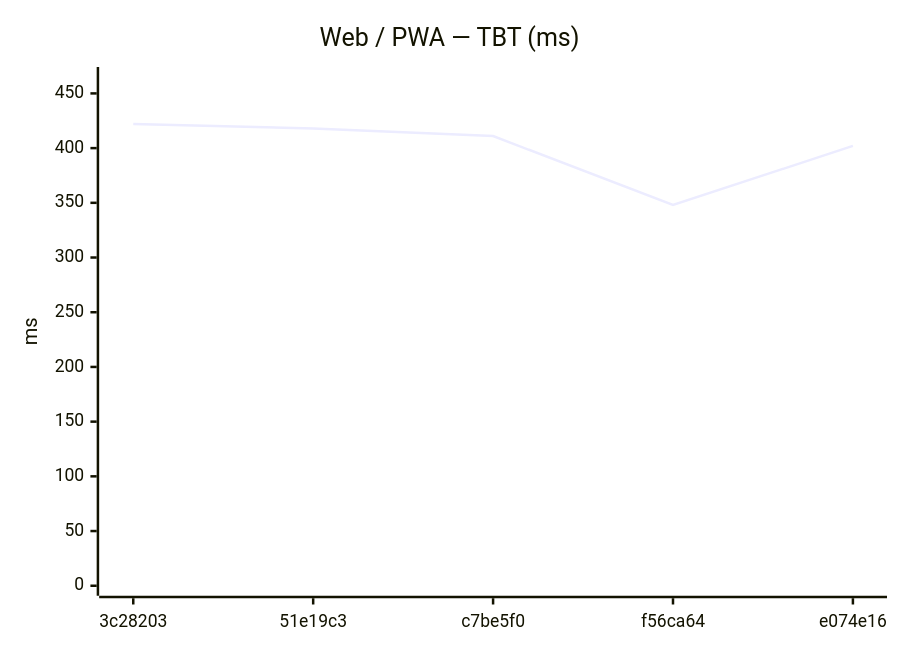
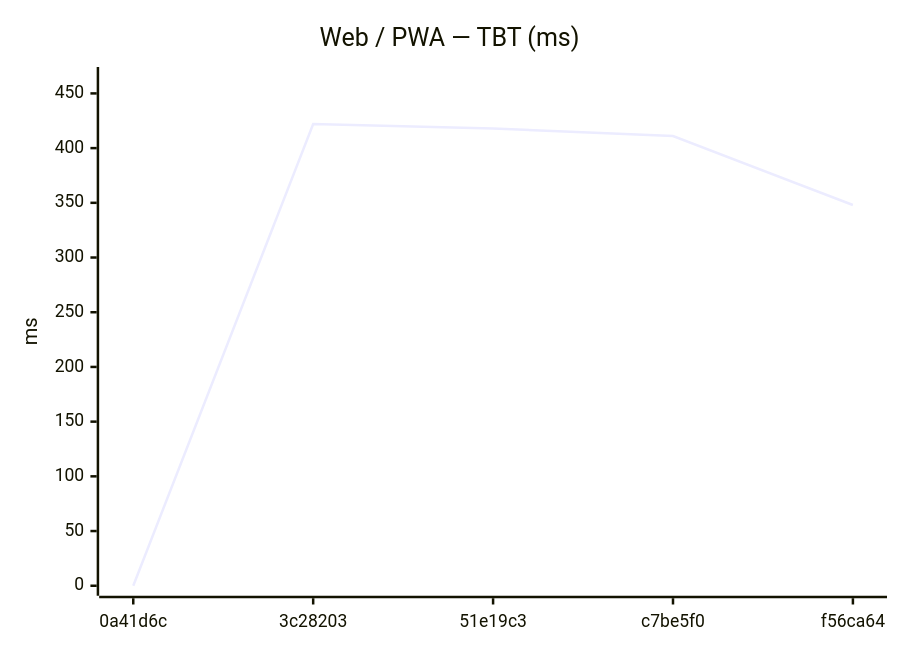
Before and after one commit to Metaheurist/Rianell: the eighth of 18 diagrams in benchmarks/compare.md, drawn with Mermaid. The commit also changed other lines of this file and 11 other files, not shown here.

````diff
--- a/benchmarks/compare.md
+++ b/benchmarks/compare.md
@@ -124,7 +124,7 @@
 ```mermaid
 xychart-beta
     title "Web / PWA — TBT (ms)"
-    x-axis ["3c28203", "51e19c3", "c7be5f0", "f56ca64", "e074e16"]
+    x-axis ["0a41d6c", "3c28203", "51e19c3", "c7be5f0", "f56ca64"]
     y-axis "ms" 0 --> 465
-    line [422, 418, 411, 348, 402]
+    line [0, 422, 418, 411, 348]
 ```
````
